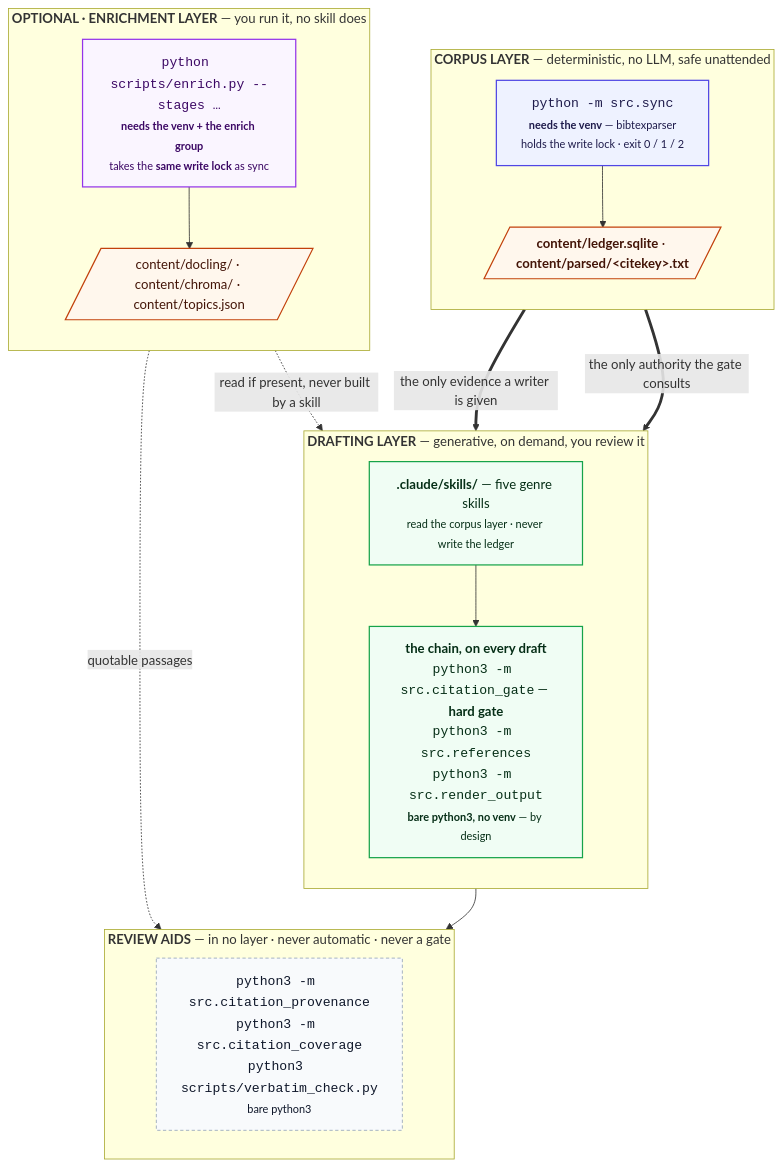
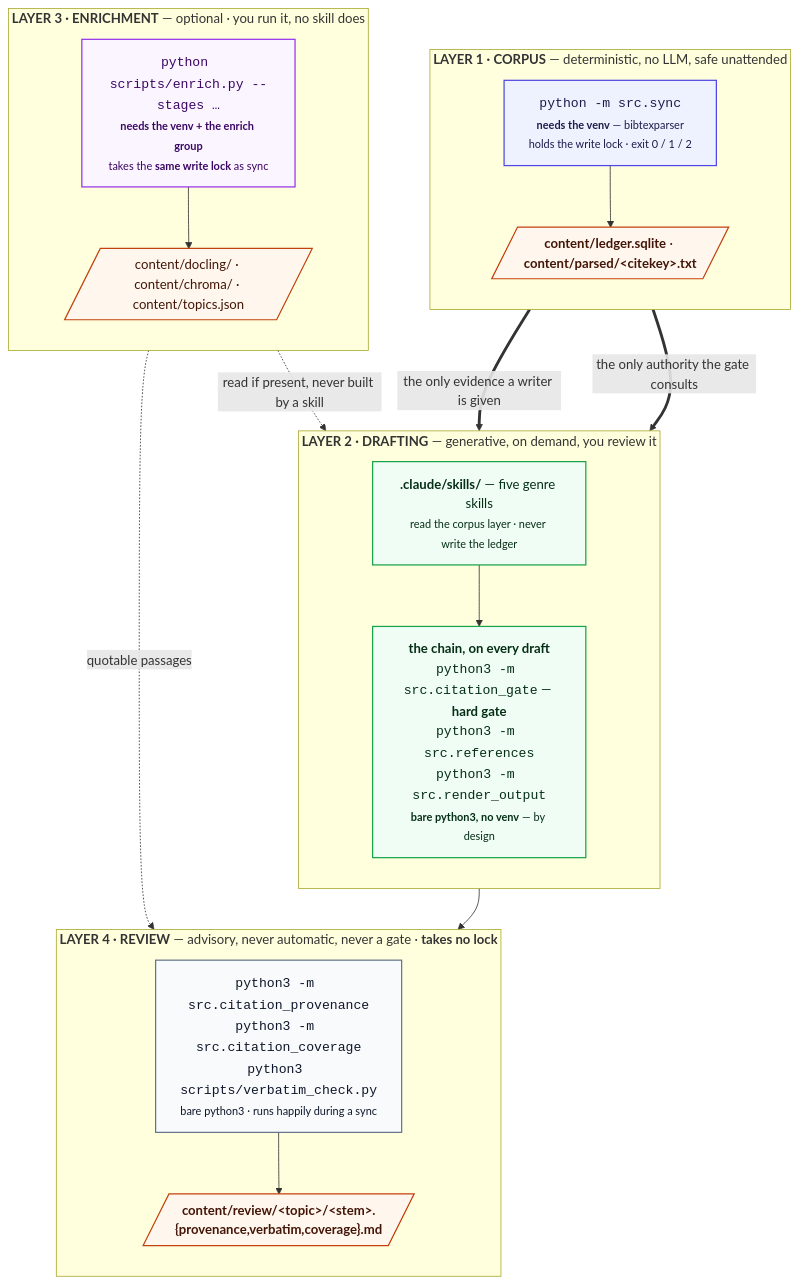
The diagram in docs/ARCHITECTURE.md (prasadtalasila/chitragupta), drawn with Mermaid before and after one commit. The commit also changed other lines of this file and 32 other files, not shown here.

First line of the commit message:
Document the review layer across the docs, and bump to 3.20.0

````diff
--- a/docs/ARCHITECTURE.md
+++ b/docs/ARCHITECTURE.md
@@ -42,47 +65,49 @@
 ```mermaid
 flowchart TB
 
-  subgraph J1["<b>CORPUS LAYER</b> — deterministic, no LLM, safe unattended"]
+  subgraph J1["<b>LAYER 1 · CORPUS</b> — deterministic, no LLM, safe unattended"]
     direction TB
     SYNC["<code>python -m src.sync</code><br/><small><b>needs the venv</b> — bibtexparser<br/>holds the write lock · exit 0 / 1 / 2</small>"]
     OUT1[/"<b>content/ledger.sqlite</b> · <b>content/parsed/&lt;citekey&gt;.txt</b>"/]
     SYNC --> OUT1
   end
 
-  subgraph J2["<b>DRAFTING LAYER</b> — generative, on demand, you review it"]
+  subgraph J2["<b>LAYER 2 · DRAFTING</b> — generative, on demand, you review it"]
     direction TB
     SKILL["<b>.claude/skills/</b> — five genre skills<br/><small>read the corpus layer · never write the ledger</small>"]
     CHAIN["<b>the chain, on every draft</b><br/><code>python3 -m src.citation_gate</code> — <b>hard gate</b><br/><code>python3 -m src.references</code><br/><code>python3 -m src.render_output</code><br/><small><b>bare python3, no venv</b> — by design</small>"]
     SKILL --> CHAIN
   end
 
-  subgraph JH["<b>OPTIONAL · ENRICHMENT LAYER</b> — you run it, no skill does"]
+  subgraph JH["<b>LAYER 3 · ENRICHMENT</b> — optional · you run it, no skill does"]
     direction TB
     FULL["<code>python scripts/enrich.py --stages …</code><br/><small><b>needs the venv + the enrich group</b><br/>takes the <b>same write lock</b> as sync</small>"]
     OUT3[/"content/docling/ · content/chroma/ · content/topics.json"/]
     FULL --> OUT3
   end
 
-  subgraph AID["<b>REVIEW AIDS</b> — in no layer · never automatic · never a gate"]
-    direction LR
-    A["<code>python3 -m src.citation_provenance</code><br/><code>python3 -m src.citation_coverage</code><br/><code>python3 scripts/verbatim_check.py</code><br/><small>bare python3</small>"]
+  subgraph AID["<b>LAYER 4 · REVIEW</b> — advisory, never automatic, never a gate · <b>takes no lock</b>"]
+    direction TB
+    A["<code>python3 -m src.citation_provenance</code><br/><code>python3 -m src.citation_coverage</code><br/><code>python3 scripts/verbatim_check.py</code><br/><small>bare python3 · runs happily during a sync</small>"]
+    OUT4[/"<b>content/review/&lt;topic&gt;/&lt;stem&gt;.{provenance,verbatim,coverage}.md</b>"/]
+    A --> OUT4
   end
 
   OUT1 == "the only evidence a writer is given" ==> SKILL
   OUT1 == "the only authority the gate consults" ==> CHAIN
   OUT3 -. "read if present, never built by a skill" .-> SKILL
   OUT3 -. "quotable passages" .-> A
   CHAIN --> A
 
   classDef det fill:#eef2ff,stroke:#4f46e5,stroke-width:1.5px,color:#1e1b4b
   classDef gen fill:#f0fdf4,stroke:#16a34a,stroke-width:1.5px,color:#052e16
   classDef heavy fill:#faf5ff,stroke:#9333ea,stroke-width:1.5px,color:#3b0764
   classDef store fill:#fff7ed,stroke:#c2410c,stroke-width:1.5px,color:#431407
-  classDef aid fill:#f8fafc,stroke:#94a3b8,stroke-dasharray:4 3,color:#0f172a
+  classDef aid fill:#f8fafc,stroke:#64748b,stroke-width:1.5px,color:#0f172a
 
   class SYNC det
   class SKILL,CHAIN gen
   class FULL heavy
-  class OUT1,OUT3 store
+  class OUT1,OUT3,OUT4 store
   class A aid
 ```
````
